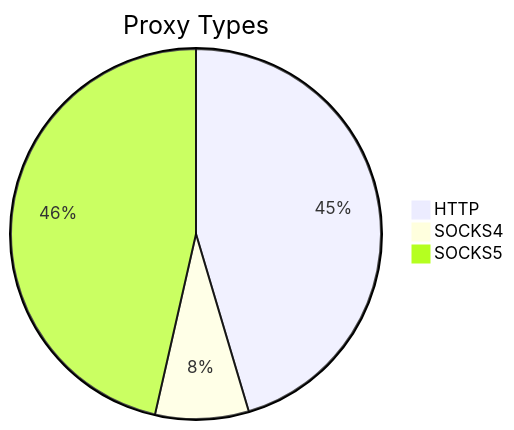
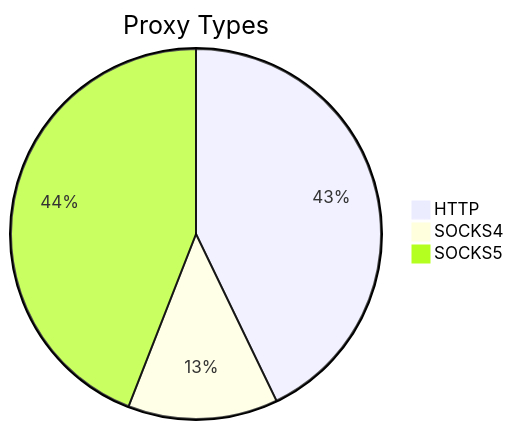
The first of 2 diagrams in README.md (stormsia/proxy-list), drawn with Mermaid before and after one commit. The commit also changed other lines of this file, not shown here.

````diff
--- a/README.md
+++ b/README.md
@@ -21,6 +21,6 @@
 ```mermaid
 pie title Proxy Types
-    "HTTP" : 523
-    "SOCKS4" : 94
-    "SOCKS5" : 535
+    "HTTP" : 563
+    "SOCKS4" : 172
+    "SOCKS5" : 579
 ```
````
